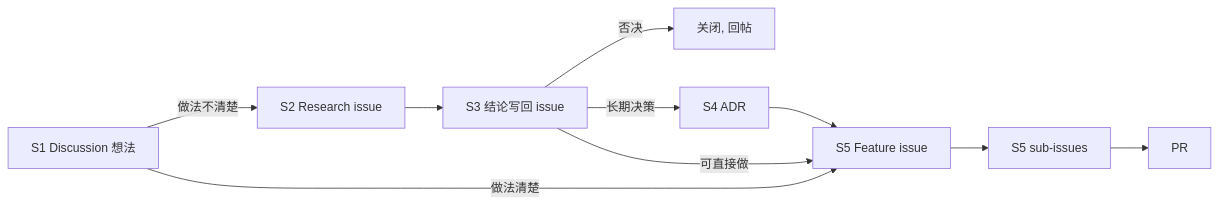
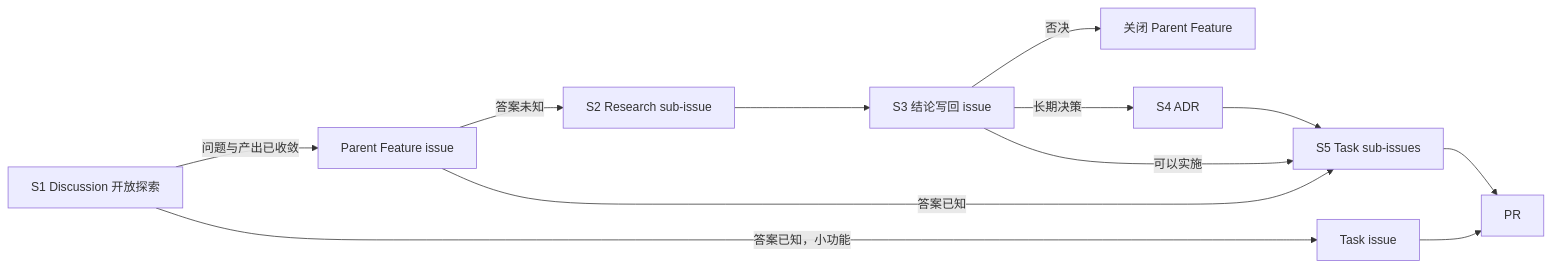
The diagram in docs/process/workflow.md (wyz541/kmp-Covio), drawn with Mermaid before and after one commit. The commit also changed other lines of this file and 7 other files, not shown here.

````diff
--- a/docs/process/workflow.md
+++ b/docs/process/workflow.md
@@ -56,12 +56,14 @@
 ```mermaid
 flowchart LR
-  A["S1 Discussion 想法"] -->|做法不清楚| B["S2 Research issue"]
-  A -->|做法清楚| F["S5 Feature issue"]
-  B --> C["S3 结论写回 issue"]
-  C -->|否决| D["关闭, 回帖"]
+  A["S1 Discussion 开放探索"] -->|问题与产出已收敛| P["Parent Feature issue"]
+  A -->|答案已知，小功能| T0["Task issue"]
+  P -->|答案未知| R["S2 Research sub-issue"]
+  P -->|答案已知| G["S5 Task sub-issues"]
+  R --> C["S3 结论写回 issue"]
+  C -->|否决| X["关闭 Parent Feature"]
   C -->|长期决策| E["S4 ADR"]
-  C -->|可直接做| F
-  E --> F
-  F --> G["S5 sub-issues"]
+  C -->|可以实施| G
+  E --> G
   G --> H["PR"]
+  T0 --> H
 ```
````
